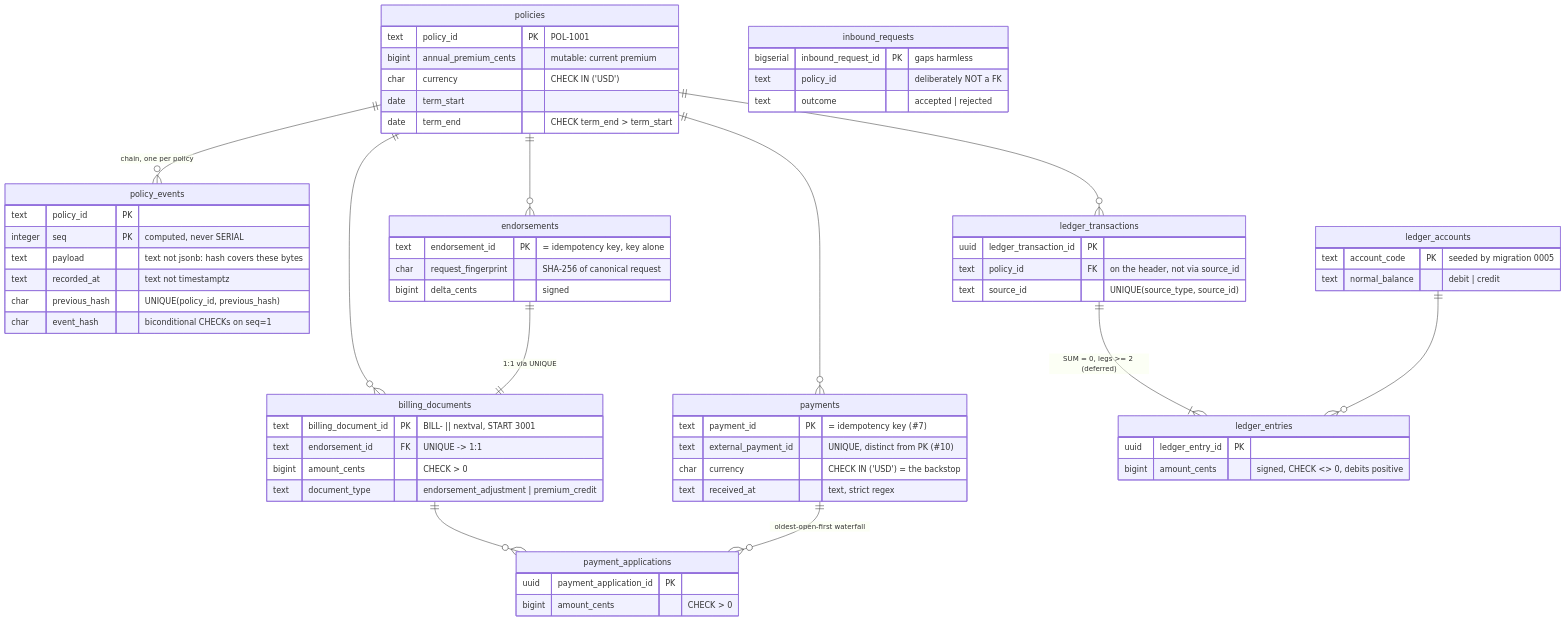
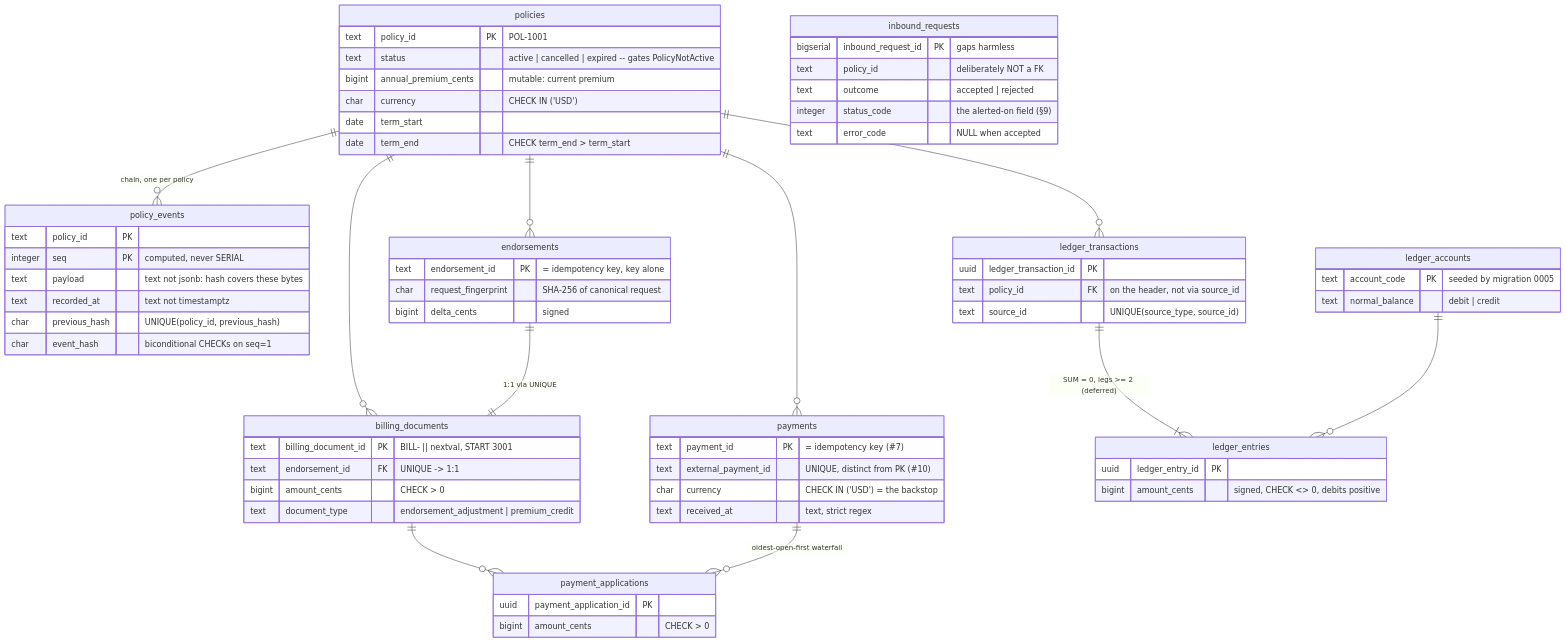
Before and after one commit to angelguzmaning/policy-ledger-service: the second of 4 diagrams in README.md, drawn with Mermaid. The commit also changed other lines of this file and 1 other file, not shown here.

First line of the commit message:
Mark the ERD as abridged and add the columns other diagrams rely on

````diff
--- a/README.md
+++ b/README.md
@@ -128,68 +133,71 @@
 ```mermaid
 erDiagram
     policies ||--o{ policy_events : "chain, one per policy"
     policies ||--o{ endorsements : ""
     policies ||--o{ payments : ""
     policies ||--o{ billing_documents : ""
     policies ||--o{ ledger_transactions : ""
     endorsements ||--|| billing_documents : "1:1 via UNIQUE"
     billing_documents ||--o{ payment_applications : ""
     payments ||--o{ payment_applications : "oldest-open-first waterfall"
     ledger_transactions ||--|{ ledger_entries : "SUM = 0, legs >= 2 (deferred)"
     ledger_accounts ||--o{ ledger_entries : ""
 
     policies {
         text policy_id PK "POL-1001"
+        text status "active | cancelled | expired -- gates PolicyNotActive"
         bigint annual_premium_cents "mutable: current premium"
         char currency "CHECK IN ('USD')"
         date term_start
         date term_end "CHECK term_end > term_start"
     }
     policy_events {
         text policy_id PK
         integer seq PK "computed, never SERIAL"
         text payload "text not jsonb: hash covers these bytes"
         text recorded_at "text not timestamptz"
         char previous_hash "UNIQUE(policy_id, previous_hash)"
         char event_hash "biconditional CHECKs on seq=1"
     }
     endorsements {
         text endorsement_id PK "= idempotency key, key alone"
         char request_fingerprint "SHA-256 of canonical request"
         bigint delta_cents "signed"
     }
     billing_documents {
         text billing_document_id PK "BILL- || nextval, START 3001"
         text endorsement_id FK "UNIQUE -> 1:1"
         bigint amount_cents "CHECK > 0"
         text document_type "endorsement_adjustment | premium_credit"
     }
     payments {
         text payment_id PK "= idempotency key (#7)"
         text external_payment_id "UNIQUE, distinct from PK (#10)"
         char currency "CHECK IN ('USD') = the backstop"
         text received_at "text, strict regex"
     }
     payment_applications {
         uuid payment_application_id PK
         bigint amount_cents "CHECK > 0"
     }
     ledger_transactions {
         uuid ledger_transaction_id PK
         text policy_id FK "on the header, not via source_id"
         text source_id "UNIQUE(source_type, source_id)"
     }
     ledger_entries {
         uuid ledger_entry_id PK
         bigint amount_cents "signed, CHECK <> 0, debits positive"
     }
     ledger_accounts {
         text account_code PK "seeded by migration 0005"
         text normal_balance "debit | credit"
     }
     inbound_requests {
         bigserial inbound_request_id PK "gaps harmless"
         text policy_id "deliberately NOT a FK"
         text outcome "accepted | rejected"
+        integer status_code "the alerted-on field (§9)"
+        text error_code "NULL when accepted"
     }
 ```
````
